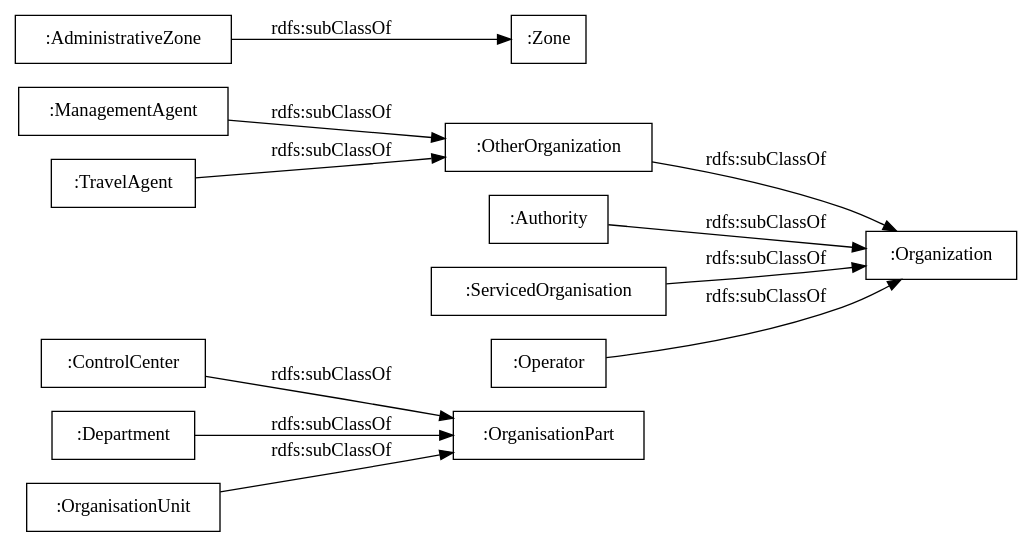
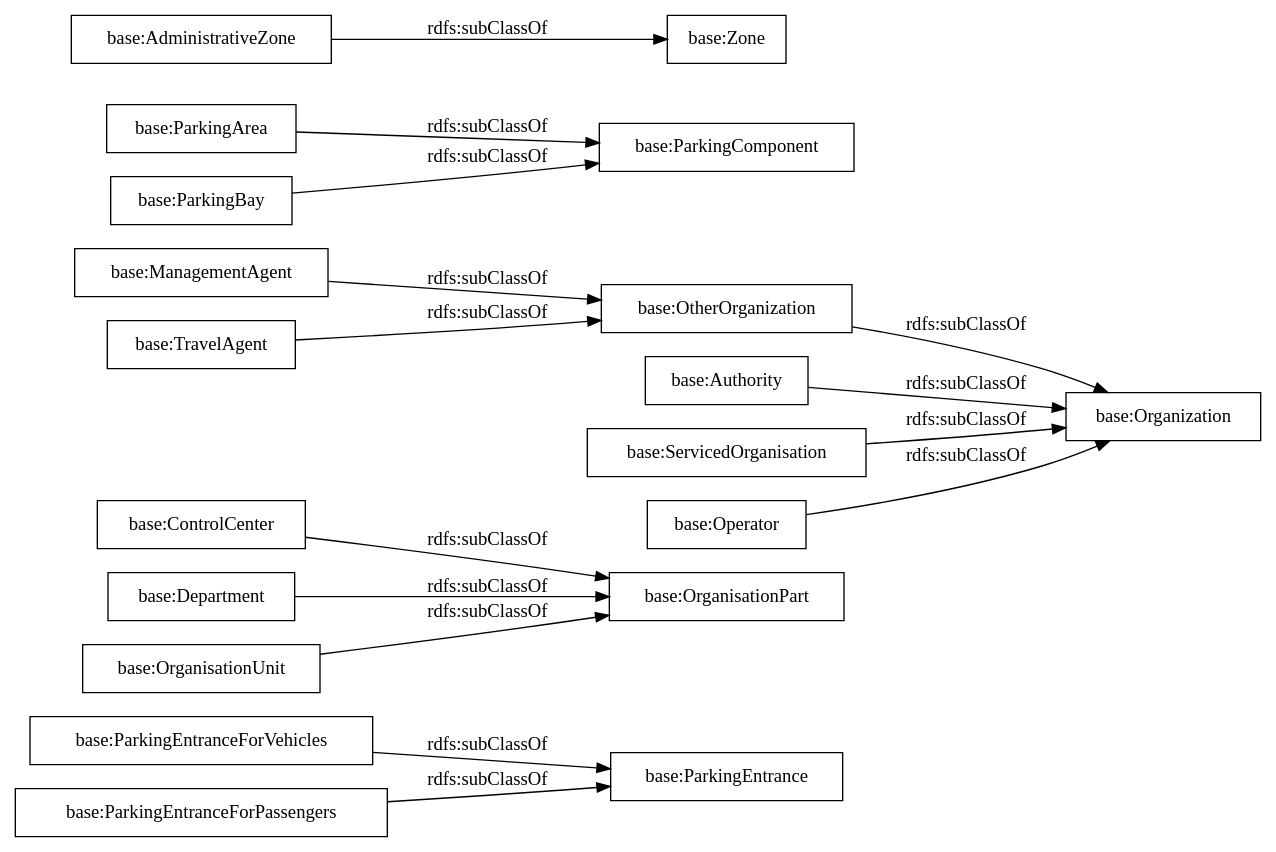
One commit to oeg-upm/transmodel-ontology changed the diagram in OnToology/ontology/tm-authorities.owl/diagrams/ar2dtool-taxonomy/tm-authorities.owl.png.dot. Above: the diagram before and after it, drawn with Graphviz. The commit also changed 41 other files, not shown here.

```diff
--- a/OnToology/ontology/tm-authorities.owl/diagrams/ar2dtool-taxonomy/tm-authorities.owl.png.dot
+++ b/OnToology/ontology/tm-authorities.owl/diagrams/ar2dtool-taxonomy/tm-authorities.owl.png.dot
@@ -1,16 +1,20 @@
 digraph ar2dtool_diagram { 
 rankdir=LR;
 size="1000"
-node [shape = rectangle, color="black"]; ":ControlCenter" ":ManagementAgent" ":Department" ":Organization" ":Authority" ":TravelAgent" ":Zone" ":ServicedOrganisation" ":OrganisationUnit" ":AdministrativeZone" ":OrganisationPart" ":Operator" ":OtherOrganization" ; /*classes style*/
-	":ServicedOrganisation" -> ":Organization" [ label = "rdfs:subClassOf" ];
-	":ManagementAgent" -> ":OtherOrganization" [ label = "rdfs:subClassOf" ];
-	":OtherOrganization" -> ":Organization" [ label = "rdfs:subClassOf" ];
-	":ControlCenter" -> ":OrganisationPart" [ label = "rdfs:subClassOf" ];
-	":AdministrativeZone" -> ":Zone" [ label = "rdfs:subClassOf" ];
-	":TravelAgent" -> ":OtherOrganization" [ label = "rdfs:subClassOf" ];
-	":Department" -> ":OrganisationPart" [ label = "rdfs:subClassOf" ];
-	":OrganisationUnit" -> ":OrganisationPart" [ label = "rdfs:subClassOf" ];
-	":Authority" -> ":Organization" [ label = "rdfs:subClassOf" ];
-	":Operator" -> ":Organization" [ label = "rdfs:subClassOf" ];
+node [shape = rectangle, color="black"]; "base:ParkingEntranceForVehicles" "base:ControlCenter" "base:ManagementAgent" "base:Department" "base:ParkingArea" "base:Organization" "base:Authority" "base:ParkingComponent" "base:ParkingBay" "base:TravelAgent" "base:Zone" "base:ServicedOrganisation" "base:ParkingEntranceForPassengers" "base:OrganisationUnit" "base:AdministrativeZone" "base:OrganisationPart" "base:ParkingEntrance" "base:Operator" "base:OtherOrganization" ; /*classes style*/
+	"base:OtherOrganization" -> "base:Organization" [ label = "rdfs:subClassOf" ];
+	"base:ServicedOrganisation" -> "base:Organization" [ label = "rdfs:subClassOf" ];
+	"base:ManagementAgent" -> "base:OtherOrganization" [ label = "rdfs:subClassOf" ];
+	"base:ControlCenter" -> "base:OrganisationPart" [ label = "rdfs:subClassOf" ];
+	"base:ParkingArea" -> "base:ParkingComponent" [ label = "rdfs:subClassOf" ];
+	"base:ParkingEntranceForVehicles" -> "base:ParkingEntrance" [ label = "rdfs:subClassOf" ];
+	"base:TravelAgent" -> "base:OtherOrganization" [ label = "rdfs:subClassOf" ];
+	"base:AdministrativeZone" -> "base:Zone" [ label = "rdfs:subClassOf" ];
+	"base:Department" -> "base:OrganisationPart" [ label = "rdfs:subClassOf" ];
+	"base:OrganisationUnit" -> "base:OrganisationPart" [ label = "rdfs:subClassOf" ];
+	"base:Authority" -> "base:Organization" [ label = "rdfs:subClassOf" ];
+	"base:Operator" -> "base:Organization" [ label = "rdfs:subClassOf" ];
+	"base:ParkingBay" -> "base:ParkingComponent" [ label = "rdfs:subClassOf" ];
+	"base:ParkingEntranceForPassengers" -> "base:ParkingEntrance" [ label = "rdfs:subClassOf" ];
 
 }
```
